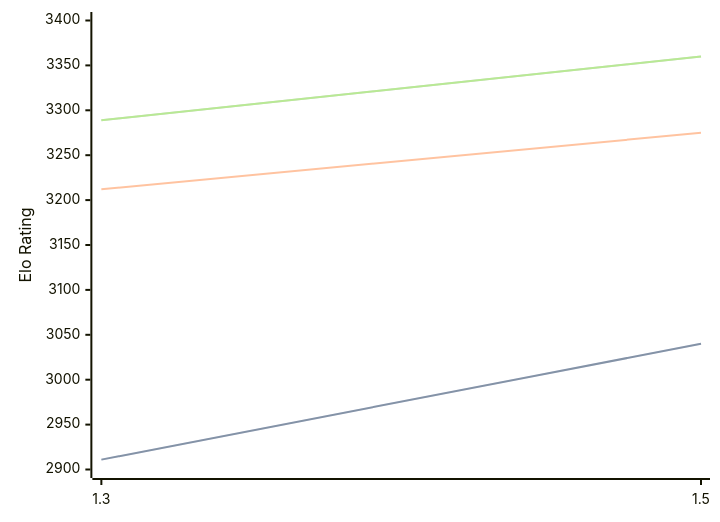
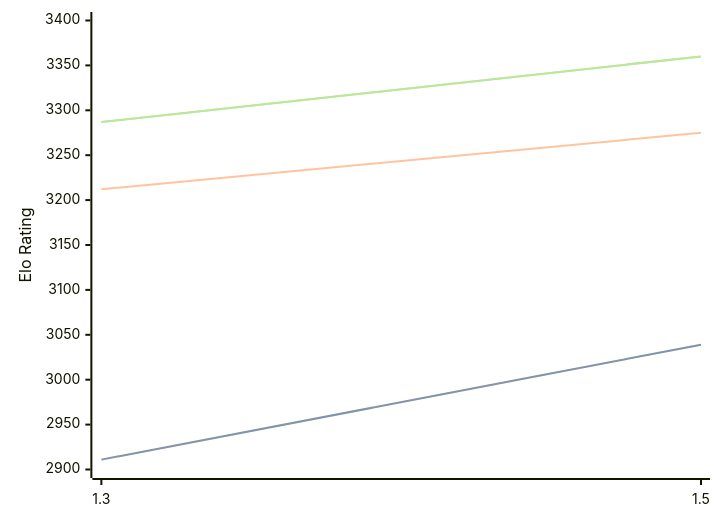
Before and after one commit to computer-chess-index/cci: the diagram in engines/Lambergar.md, drawn with Mermaid. The commit also changed other lines of this file, not shown here.

Commit message:
Update CCI Ratings (ELO VLTC) - 2026-09-03

````diff
--- a/engines/Lambergar.md
+++ b/engines/Lambergar.md
@@ -32,11 +32,11 @@
 ```mermaid
 %%{init: {"theme":"base","themeVariables":{"seriesColors:['#a3a3a3','#222221','#faa371']}}}%%
 xychart-beta
   x-axis ["1.3", "1.5"]
   y-axis "Elo Rating" 2900 --> 3400
-  line "" [2911, 3040]
-  line "STC (8.0+0.08s)" [2911, 3040]
+  line "" [2911, 3039]
+  line "STC (8.0+0.08s)" [2911, 3039]
   line "LTC (60.0+0.60s)" [3212, 3275]
-  line "" [3289, 3360]
-  line "VLTC (2m24s+1.12s)" [3289, 3360]
+  line "" [3287, 3360]
+  line "VLTC (2m24s+1.12s)" [3287, 3360]
 ```
````
